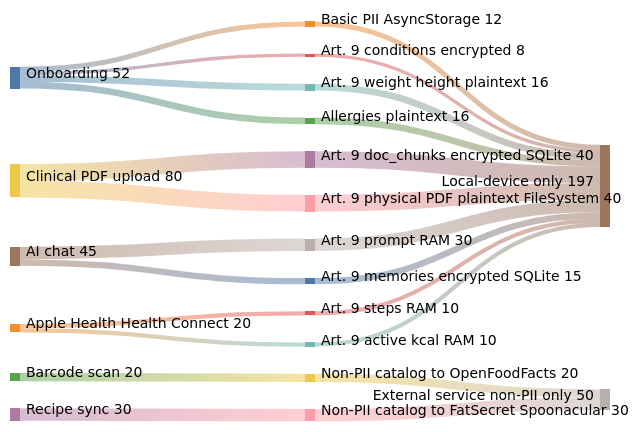
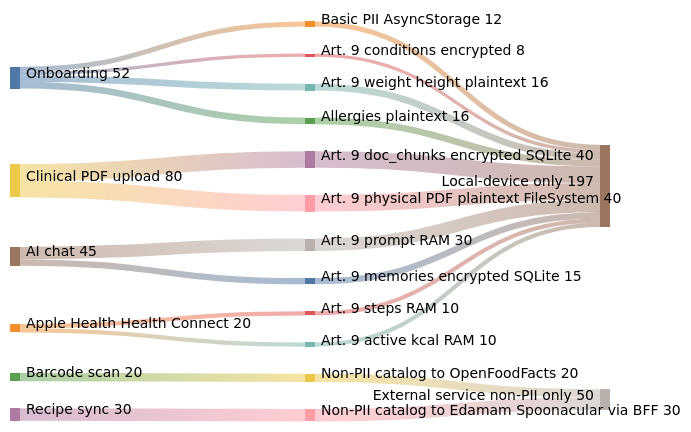
One commit to antonionc/nutrIAssistant changed diagram 24 of 24 in docs/data-architecture/11-diagrams.md. Above: the diagram before and after it, drawn with Mermaid (neutral theme). The commit also changed other lines of this file and 18 other files, not shown here.

````diff
--- a/docs/data-architecture/11-diagrams.md
+++ b/docs/data-architecture/11-diagrams.md
@@ -1108,34 +1108,34 @@
 ```mermaid
 ---
 config:
   sankey:
     showValues: true
 ---
 sankey-beta
 
 Onboarding,Basic PII AsyncStorage,12
 Onboarding,Art. 9 conditions encrypted,8
 Onboarding,Art. 9 weight height plaintext,16
 Onboarding,Allergies plaintext,16
 Clinical PDF upload,Art. 9 doc_chunks encrypted SQLite,40
 Clinical PDF upload,Art. 9 physical PDF plaintext FileSystem,40
 AI chat,Art. 9 prompt RAM,30
 AI chat,Art. 9 memories encrypted SQLite,15
 Apple Health Health Connect,Art. 9 steps RAM,10
 Apple Health Health Connect,Art. 9 active kcal RAM,10
 Barcode scan,Non-PII catalog to OpenFoodFacts,20
-Recipe sync,Non-PII catalog to FatSecret Spoonacular,30
+Recipe sync,Non-PII catalog to Edamam Spoonacular via BFF,30
 
 Basic PII AsyncStorage,Local-device only,12
 Art. 9 conditions encrypted,Local-device only,8
 Art. 9 weight height plaintext,Local-device only,16
 Allergies plaintext,Local-device only,16
 Art. 9 doc_chunks encrypted SQLite,Local-device only,40
 Art. 9 physical PDF plaintext FileSystem,Local-device only,40
 Art. 9 prompt RAM,Local-device only,30
 Art. 9 memories encrypted SQLite,Local-device only,15
 Art. 9 steps RAM,Local-device only,10
 Art. 9 active kcal RAM,Local-device only,10
 Non-PII catalog to OpenFoodFacts,External service non-PII only,20
-Non-PII catalog to FatSecret Spoonacular,External service non-PII only,30
+Non-PII catalog to Edamam Spoonacular via BFF,External service non-PII only,30
 ```
````
